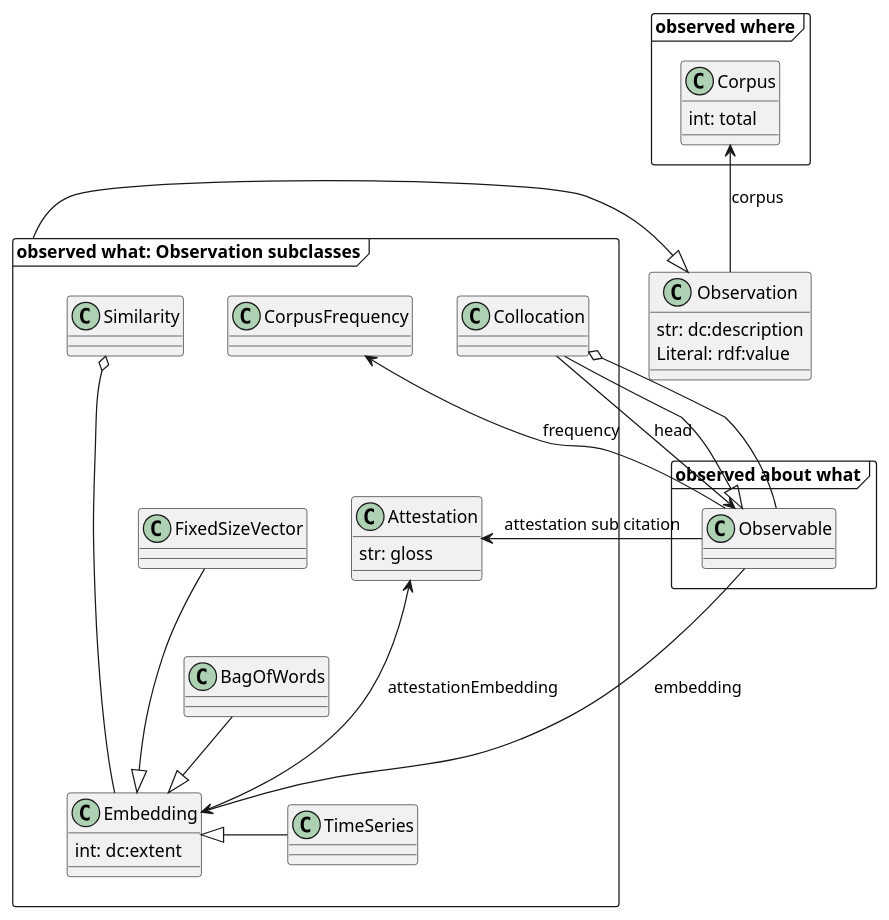
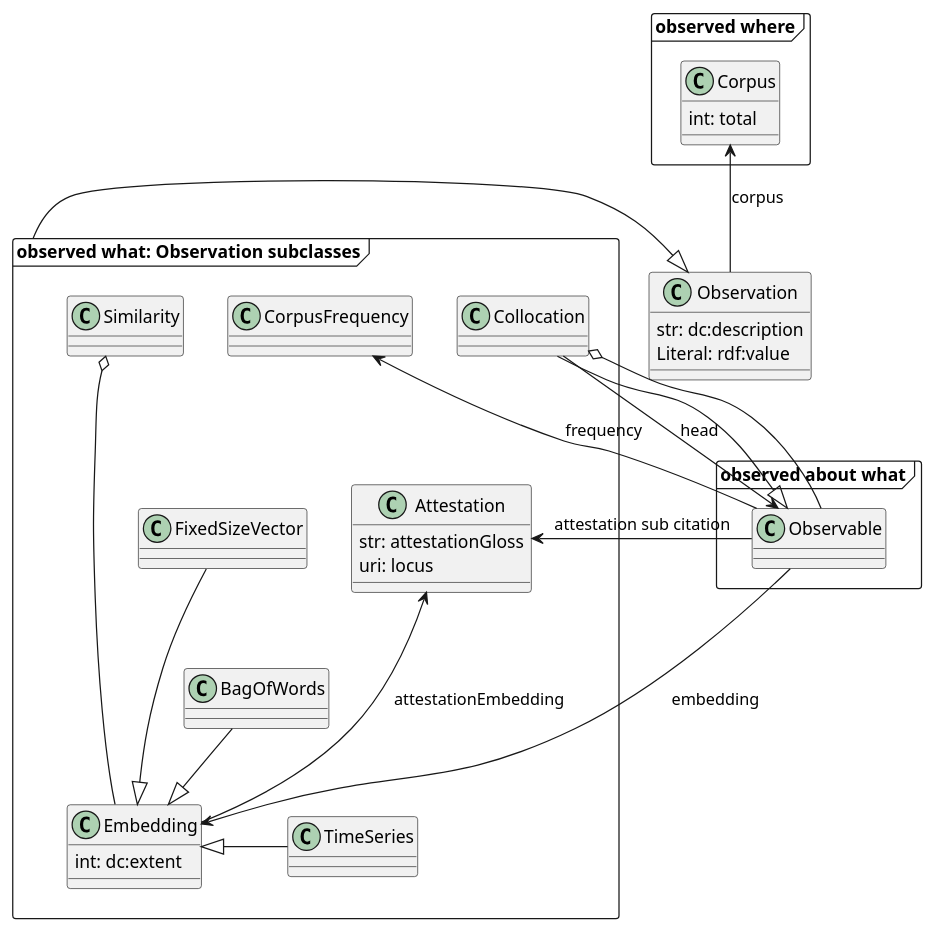
One commit to ontolex/frequency-attestation-corpus-information changed the diagram in img/diagram-with-observation-compact.puml. Above: the diagram before and after it, drawn with PlantUML.

```diff
--- a/img/diagram-with-observation-compact.puml
+++ b/img/diagram-with-observation-compact.puml
@@ -1,69 +1,70 @@
 @startuml
 
 frame "observed about what" {
 
   class Observable {}
 
 }
 
   class Observation {
     str: dc:description
     Literal: rdf:value
   }
 
 
 frame "observed what: Observation subclasses" {
 
   class Collocation {}
 
   class CorpusFrequency {
   }
 
   class Attestation {
-    str: gloss
+    str: attestationGloss
+    uri: locus
   }
 
   Collocation -down[hidden]-> Attestation
 
   class Embedding {
    int: dc:extent
   }
 
   Similarity o-down- Embedding
   Similarity --[hidden]-- Embedding
 
   Similarity -down[hidden]-> FixedSizeVector
   FixedSizeVector -[norank]-|> Embedding
   FixedSizeVector -down[hidden]-> BagOfWords
   BagOfWords -[norank]-|> Embedding
   BagOfWords -down[hidden]-> TimeSeries
   TimeSeries -[norank]-|> Embedding
 
 
 }
 
 "observed what: Observation subclasses" -right-|> Observation
 
 frame "observed where" {
   class Corpus {
     int: total
   }
 }
 
 
 Observation -up-> Corpus: corpus
 
 Embedding -[norank]-> Attestation: attestationEmbedding
 
 Observable -[norank]-> Embedding: embedding
 Observable -[norank]-> CorpusFrequency: frequency
 Observable -[norank]-> Attestation: attestation sub citation
 
 
 
 Collocation -down-> Observable: head
 Collocation --|> Observable
 Observable -up-o Collocation
 
 
 @enduml
```
